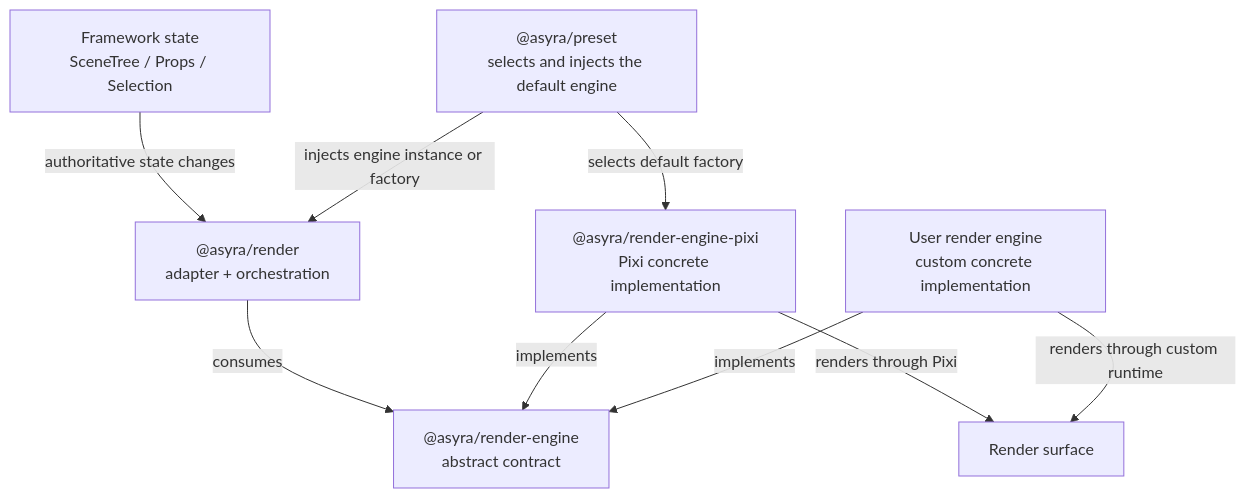
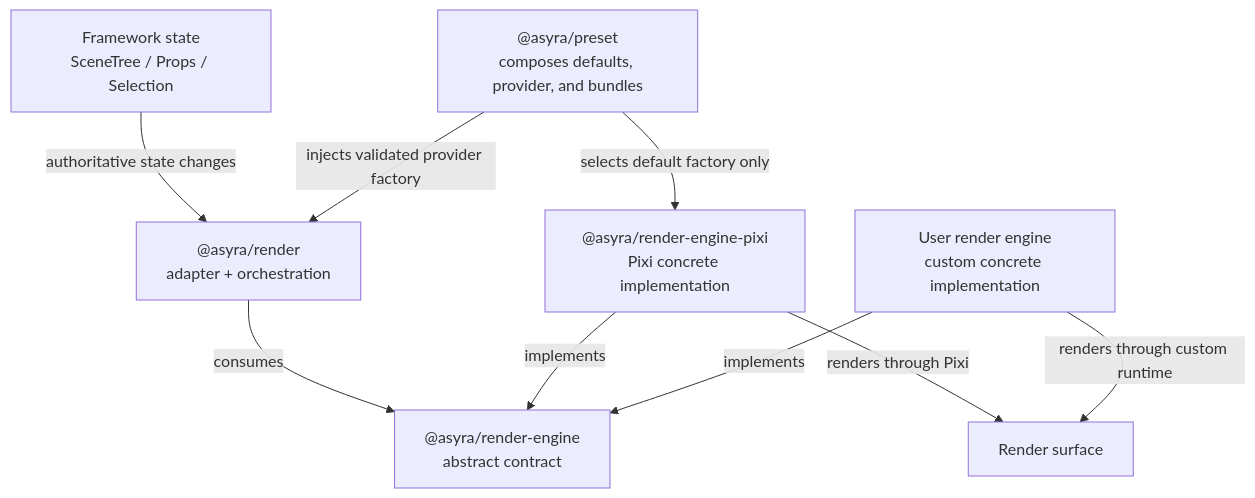
One commit to karote00/asra changed the diagram in docs/ai/framework/ARCHITECTURE.md. Above: the diagram before and after it, drawn with Mermaid. The commit also changed other lines of this file and 14 other files, not shown here.

````diff
--- a/docs/ai/framework/ARCHITECTURE.md
+++ b/docs/ai/framework/ARCHITECTURE.md
@@ -43,19 +43,19 @@
 ```mermaid
 flowchart TD
   state["Framework state<br/>SceneTree / Props / Selection"]
-  preset["@asyra/preset<br/>selects and injects the default engine"]
+  preset["@asyra/preset<br/>composes defaults, provider, and bundles"]
   render["@asyra/render<br/>adapter + orchestration"]
   contract["@asyra/render-engine<br/>abstract contract"]
   pixi["@asyra/render-engine-pixi<br/>Pixi concrete implementation"]
   custom["User render engine<br/>custom concrete implementation"]
   surface["Render surface"]
 
   state -->|authoritative state changes| render
-  preset -->|selects default factory| pixi
-  preset -->|injects engine instance or factory| render
+  preset -->|selects default factory only| pixi
+  preset -->|injects validated provider factory| render
   render -->|consumes| contract
   pixi -->|implements| contract
   custom -->|implements| contract
   pixi -->|renders through Pixi| surface
   custom -->|renders through custom runtime| surface
 ```
````
